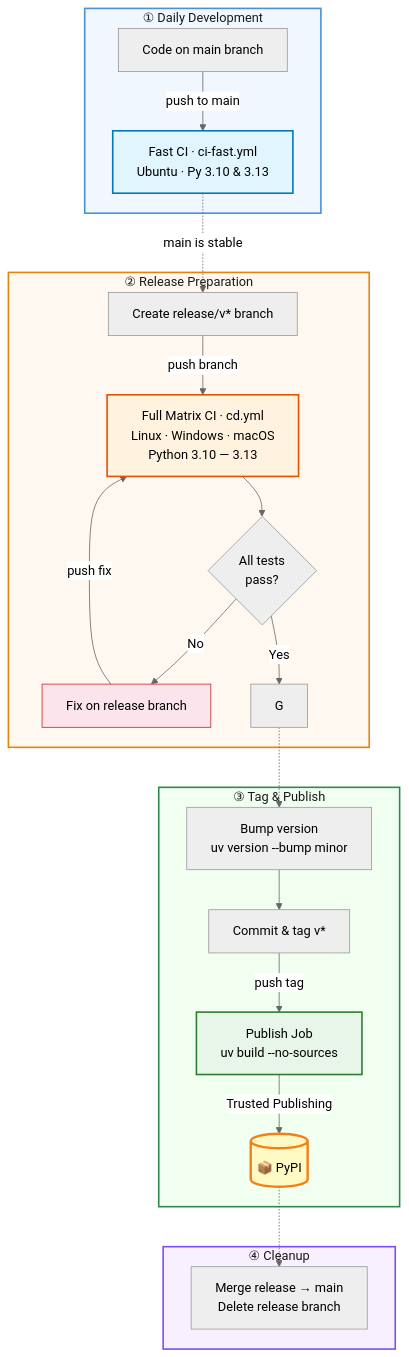
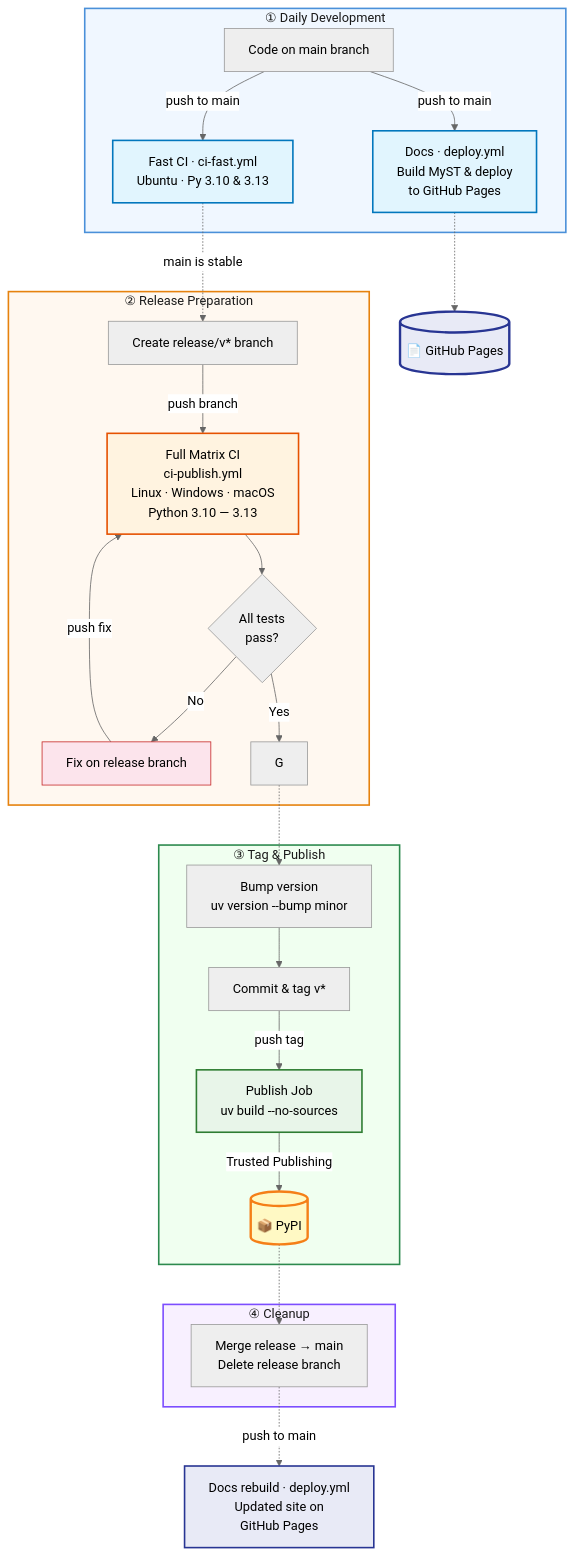
One commit to andrewendlinger/xmris changed the diagram in docs/contributing/publishing.md. Above: the diagram before and after it, drawn with Mermaid (neutral theme). The commit also changed other lines of this file and 1 other file, not shown here.

Commit message:
fix: `ci-fast` now runs on every commit and PR to main

````diff
--- a/docs/contributing/publishing.md
+++ b/docs/contributing/publishing.md
@@ -79,41 +105,48 @@
 ```mermaid
 flowchart TD
     subgraph dev ["① Daily Development"]
         A[Code on main branch] -->|push to main| B[Fast CI · ci-fast.yml<br>Ubuntu · Py 3.10 & 3.13]
+        A -->|push to main| B2[Docs · deploy.yml<br>Build MyST & deploy<br>to GitHub Pages]
     end
 
     B -.->|main is stable| C
+    B2 -.-> PAGES[(📄 GitHub Pages)]
 
     subgraph release ["② Release Preparation"]
-        C[Create release/v* branch] -->|push branch| D[Full Matrix CI · cd.yml<br>Linux · Windows · macOS<br>Python 3.10 — 3.13]
+        C[Create release/v* branch] -->|push branch| D[Full Matrix CI<br>ci-publish.yml<br>Linux · Windows · macOS<br>Python 3.10 — 3.13]
         D --> E{All tests<br>pass?}
         E -->|No| F[Fix on release branch]
         F -->|push fix| D
         E -->|Yes| G
     end
 
     G -.-> H
 
     subgraph publish ["③ Tag & Publish"]
         H[Bump version<br>uv version --bump minor] --> I[Commit & tag v*]
         I -->|push tag| J[Publish Job<br>uv build --no-sources]
         J -->|Trusted Publishing| K[(📦 PyPI)]
     end
 
     K -.-> L
 
     subgraph cleanup ["④ Cleanup"]
         L[Merge release → main<br>Delete release branch]
     end
 
+    L -.->|push to main| B2DOC[Docs rebuild · deploy.yml<br>Updated site on<br>GitHub Pages]
+
     style dev fill:#f0f7ff,stroke:#4a90d9,stroke-width:2px,color:#1a1a1a
     style release fill:#fff8f0,stroke:#e6820e,stroke-width:2px,color:#1a1a1a
     style publish fill:#f0fff0,stroke:#2d8a4e,stroke-width:2px,color:#1a1a1a
     style cleanup fill:#f8f0ff,stroke:#7c4dff,stroke-width:2px,color:#1a1a1a
 
     style B fill:#e1f5fe,stroke:#0277bd,stroke-width:2px
+    style B2 fill:#e1f5fe,stroke:#0277bd,stroke-width:2px
     style D fill:#fff3e0,stroke:#e65100,stroke-width:2px
     style F fill:#fce4ec,stroke:#c62828
     style J fill:#e8f5e9,stroke:#2e7d32,stroke-width:2px
     style K fill:#fff9c4,stroke:#f57f17,stroke-width:3px
+    style PAGES fill:#e8eaf6,stroke:#283593,stroke-width:3px
+    style B2DOC fill:#e8eaf6,stroke:#283593,stroke-width:2px
 ```
````
